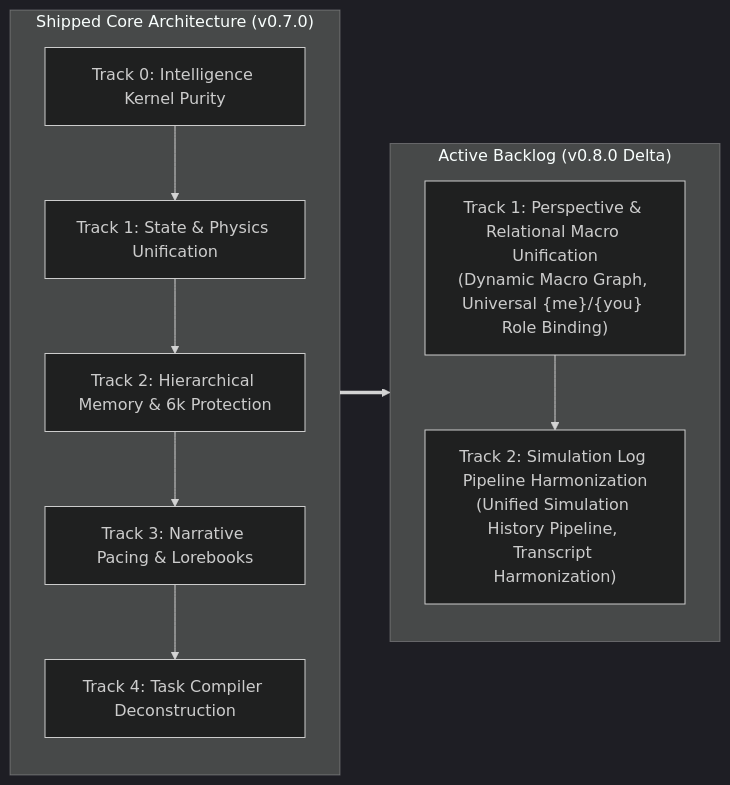
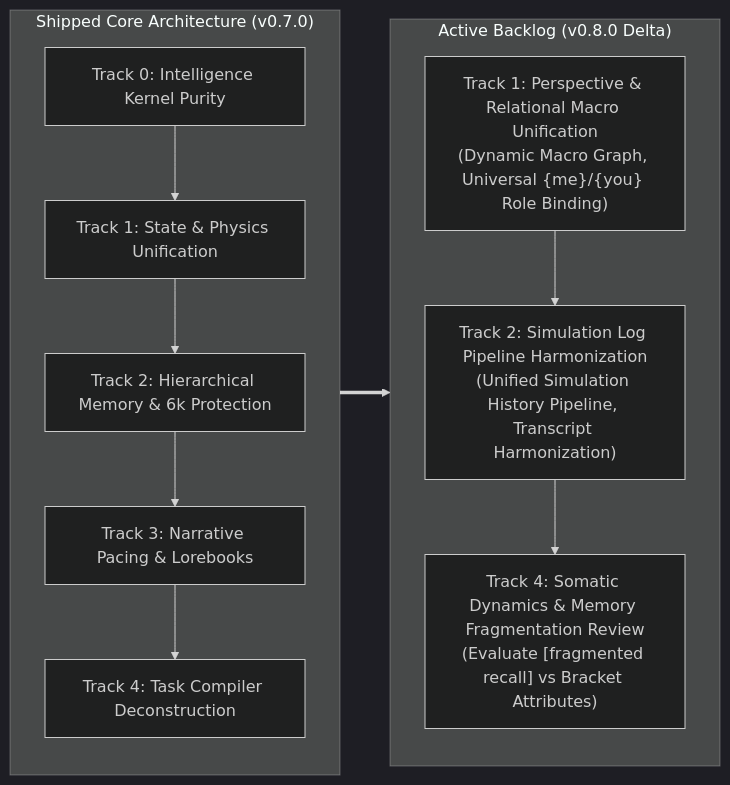
One commit to JooduG/RPGlitch changed the diagram in ROADMAP.md. Above: the diagram before and after it, drawn with Mermaid (dark theme). The commit also changed other lines of this file and 8 other files, not shown here.

Commit message:
refactor: remove moechat ignore patterns and add memory rag architecture documentation

````diff
--- a/ROADMAP.md
+++ b/ROADMAP.md
@@ -19,21 +19,22 @@
 ```mermaid
 flowchart LR
     subgraph Shipped["Shipped Core Architecture (v0.7.0)"]
         direction TB
         T0["Track 0: Intelligence Kernel Purity"]
         T1["Track 1: State & Physics Unification"]
         T2["Track 2: Hierarchical Memory & 6k Protection"]
         T3["Track 3: Narrative Pacing & Lorebooks"]
         T4["Track 4: Task Compiler Deconstruction"]
         T0 --> T1 --> T2 --> T3 --> T4
     end
 
     subgraph ActiveBacklog["Active Backlog (v0.8.0 Delta)"]
         direction TB
         T_ACT1["Track 1: Perspective & Relational Macro Unification<br>(Dynamic Macro Graph, Universal {me}/{you} Role Binding)"]
         T_ACT2["Track 2: Simulation Log Pipeline Harmonization<br>(Unified Simulation History Pipeline, Transcript Harmonization)"]
-        T_ACT1 --> T_ACT2
+        T_ACT4["Track 4: Somatic Dynamics & Memory Fragmentation Review<br>(Evaluate [fragmented recall] vs Bracket Attributes)"]
+        T_ACT1 --> T_ACT2 --> T_ACT4
     end
 
     Shipped ==> ActiveBacklog
 ```
````
